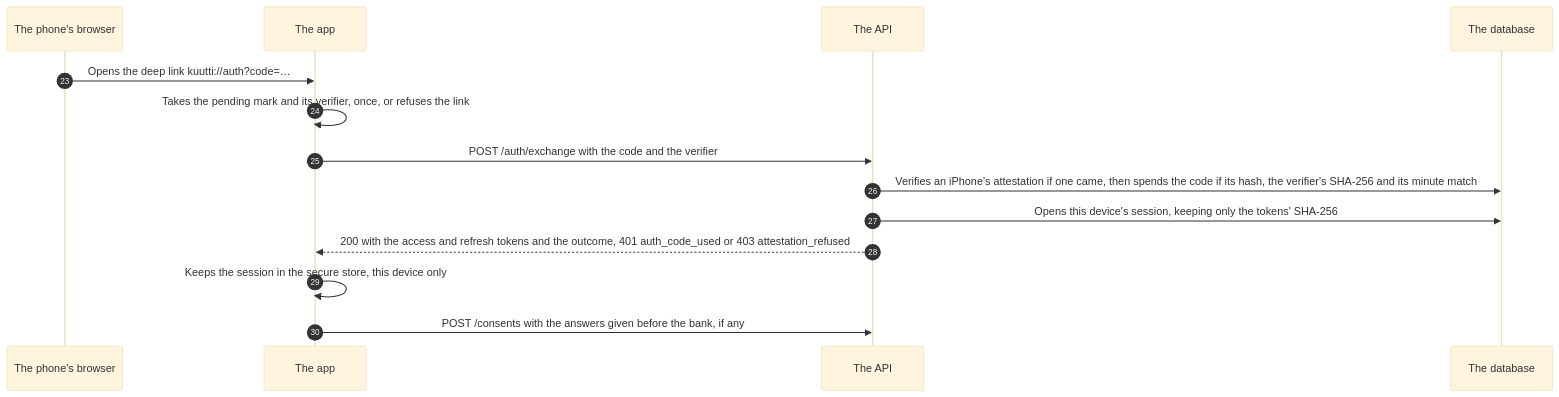
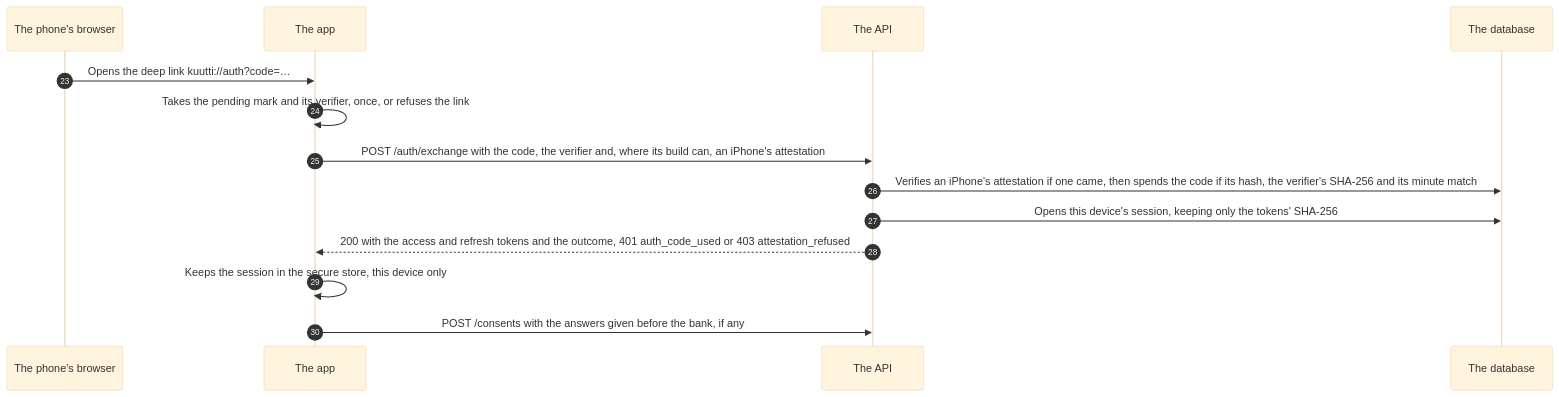
One commit to kuutti-ry/kuutti-app changed the third of 4 diagrams in docs/architecture/sequence-login.md. Above: the diagram before and after it, drawn with Mermaid (base theme). The commit also changed other lines of this file and 24 other files, not shown here.

First line of the commit message:
Attest and assert from the iPhone app, as JavaScript alone (#580) (#658)

````diff
--- a/docs/architecture/sequence-login.md
+++ b/docs/architecture/sequence-login.md
@@ -112,18 +112,18 @@
 ```mermaid
 sequenceDiagram
   accTitle: The bank login, part 3: back in the app
   accDescr: The deep link brings the one-time code to the app, which takes its verifier from the pending mark and posts both to the API's exchange. The API verifies an iPhone's attestation if one came, which no build sends yet, spends the code only with the matching verifier, within its minute, and opens a session for this device, keeping only hashes. The app keeps the tokens in the secure store and records the answers given before the bank.
   autonumber 23
   participant browser as The phone's browser
   participant app as The app
   participant api as The API
   participant db as The database
   browser->>app: Opens the deep link kuutti://auth?code=…
   app->>app: Takes the pending mark and its verifier, once, or refuses the link
-  app->>api: POST /auth/exchange with the code and the verifier
+  app->>api: POST /auth/exchange with the code, the verifier and, where its build can, an iPhone's attestation
   api->>db: Verifies an iPhone's attestation if one came, then spends the code if its hash, the verifier's SHA-256 and its minute match
   api->>db: Opens this device's session, keeping only the tokens' SHA-256
   api-->>app: 200 with the access and refresh tokens and the outcome, 401 auth_code_used or 403 attestation_refused
   app->>app: Keeps the session in the secure store, this device only
   app->>api: POST /consents with the answers given before the bank, if any
 ```
````
